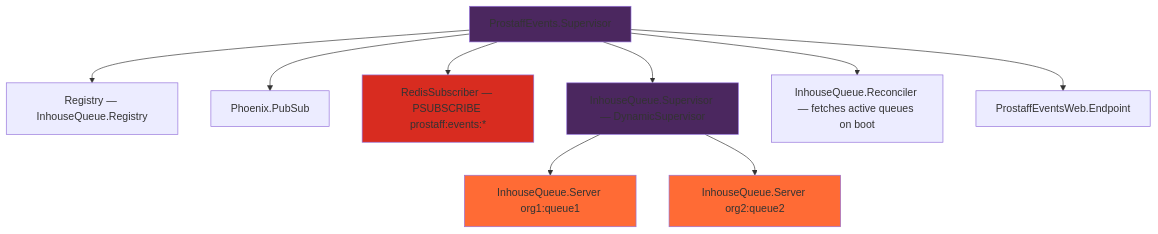
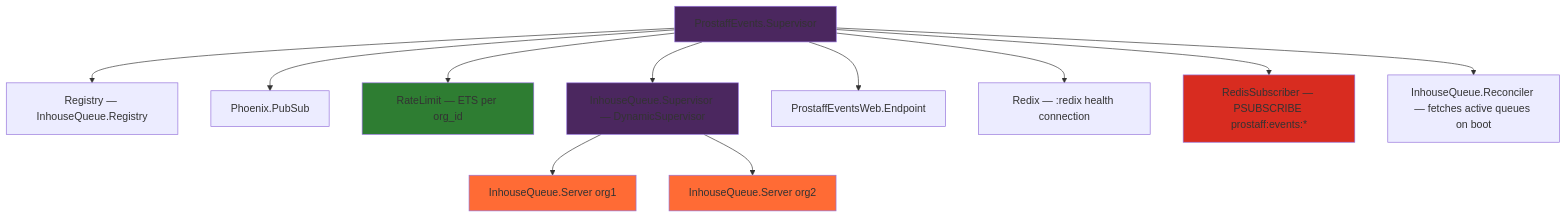
The first of 2 diagrams in README.md (Bulletdev/prostaff-events), drawn with Mermaid before and after one commit. The commit also changed other lines of this file and 32 other files, not shown here.

````diff
--- a/README.md
+++ b/README.md
@@ -157,18 +184,21 @@
 ```mermaid
 graph TD
     S[ProstaffEvents.Supervisor]
     S --> R[Registry — InhouseQueue.Registry]
     S --> PS[Phoenix.PubSub]
+    S --> RL[RateLimit — ETS per org_id]
+    S --> DS[InhouseQueue.Supervisor — DynamicSupervisor]
+    S --> EP[ProstaffEventsWeb.Endpoint]
+    S --> RX[Redix — :redix health connection]
     S --> RS[RedisSubscriber — PSUBSCRIBE prostaff:events:*]
-    S --> DS[InhouseQueue.Supervisor — DynamicSupervisor]
     S --> RC[InhouseQueue.Reconciler — fetches active queues on boot]
-    S --> EP[ProstaffEventsWeb.Endpoint]
-    DS --> GS1[InhouseQueue.Server org1:queue1]
-    DS --> GS2[InhouseQueue.Server org2:queue2]
+    DS --> GS1[InhouseQueue.Server org1]
+    DS --> GS2[InhouseQueue.Server org2]
 
     style S fill:#4B275F
     style RS fill:#d82c20
     style DS fill:#4B275F
     style GS1 fill:#FF6B35
     style GS2 fill:#FF6B35
+    style RL fill:#2e7d32
 ```
````
